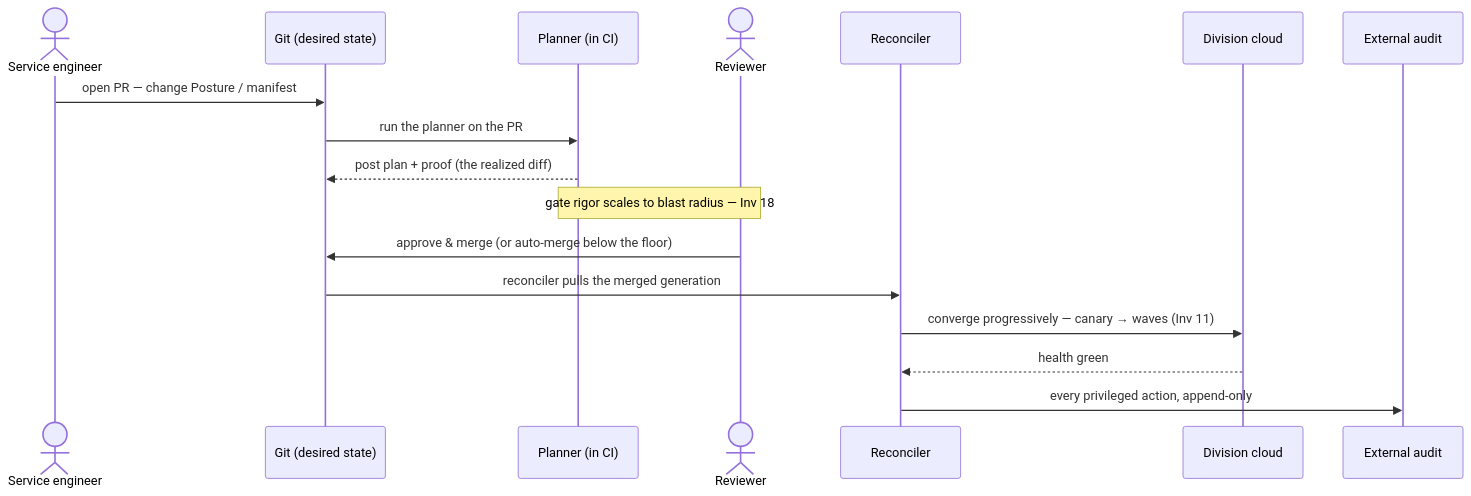
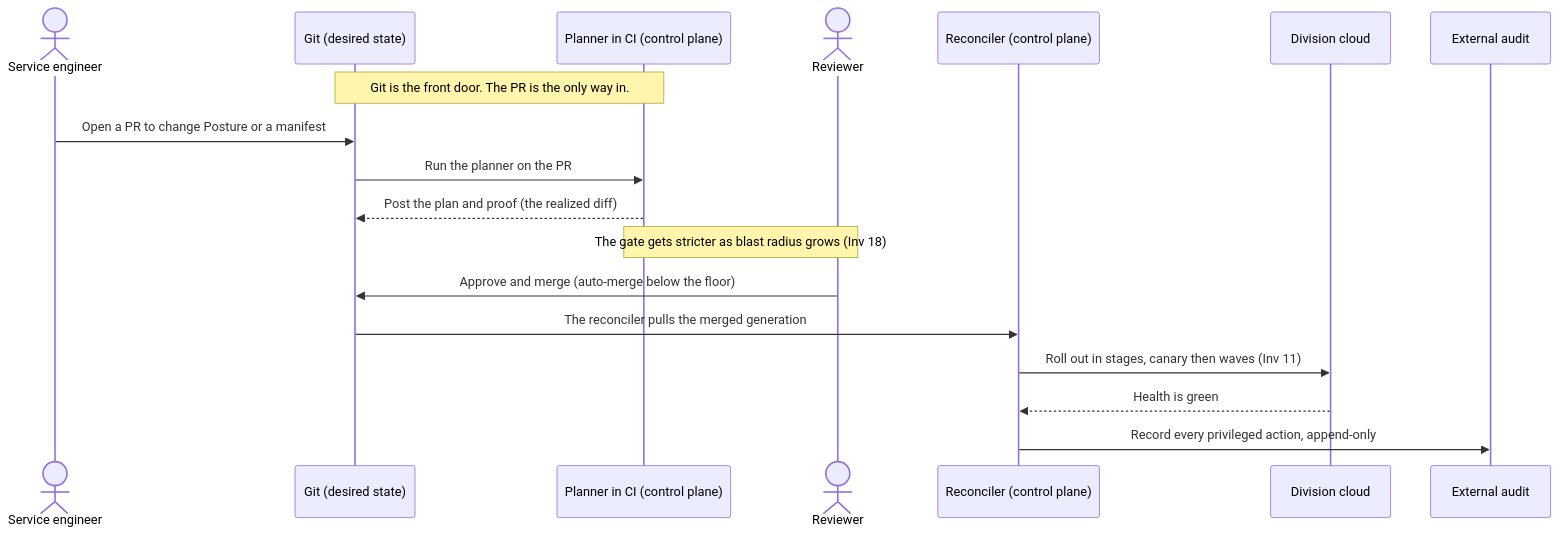
The second of 9 diagrams in app/src/content/docs/docs/roles.md (Hakkiki/trellis), drawn with Mermaid before and after one commit. The commit also changed other lines of this file and 1 other file, not shown here.

First line of the commit message:
docs(roles): make Git-as-control-plane-front-door unambiguous

````diff
--- a/app/src/content/docs/docs/roles.md
+++ b/app/src/content/docs/docs/roles.md
@@ -63,20 +64,21 @@
 ```mermaid
 sequenceDiagram
   actor Eng as Service engineer
   participant Repo as Git (desired state)
-  participant Plan as Planner (in CI)
+  participant Plan as Planner in CI (control plane)
   actor Rev as Reviewer
-  participant Rec as Reconciler
+  participant Rec as Reconciler (control plane)
   participant Cloud as Division cloud
   participant Audit as External audit
 
-  Eng->>Repo: open PR — change Posture / manifest
-  Repo->>Plan: run the planner on the PR
-  Plan-->>Repo: post plan + proof (the realized diff)
-  Note over Plan,Rev: gate rigor scales to blast radius — Inv 18
-  Rev->>Repo: approve & merge (or auto-merge below the floor)
-  Repo->>Rec: reconciler pulls the merged generation
-  Rec->>Cloud: converge progressively — canary → waves (Inv 11)
-  Cloud-->>Rec: health green
-  Rec->>Audit: every privileged action, append-only
+  Note over Repo,Plan: Git is the front door. The PR is the only way in.
+  Eng->>Repo: Open a PR to change Posture or a manifest
+  Repo->>Plan: Run the planner on the PR
+  Plan-->>Repo: Post the plan and proof (the realized diff)
+  Note over Plan,Rev: The gate gets stricter as blast radius grows (Inv 18)
+  Rev->>Repo: Approve and merge (auto-merge below the floor)
+  Repo->>Rec: The reconciler pulls the merged generation
+  Rec->>Cloud: Roll out in stages, canary then waves (Inv 11)
+  Cloud-->>Rec: Health is green
+  Rec->>Audit: Record every privileged action, append-only
 ```
````
